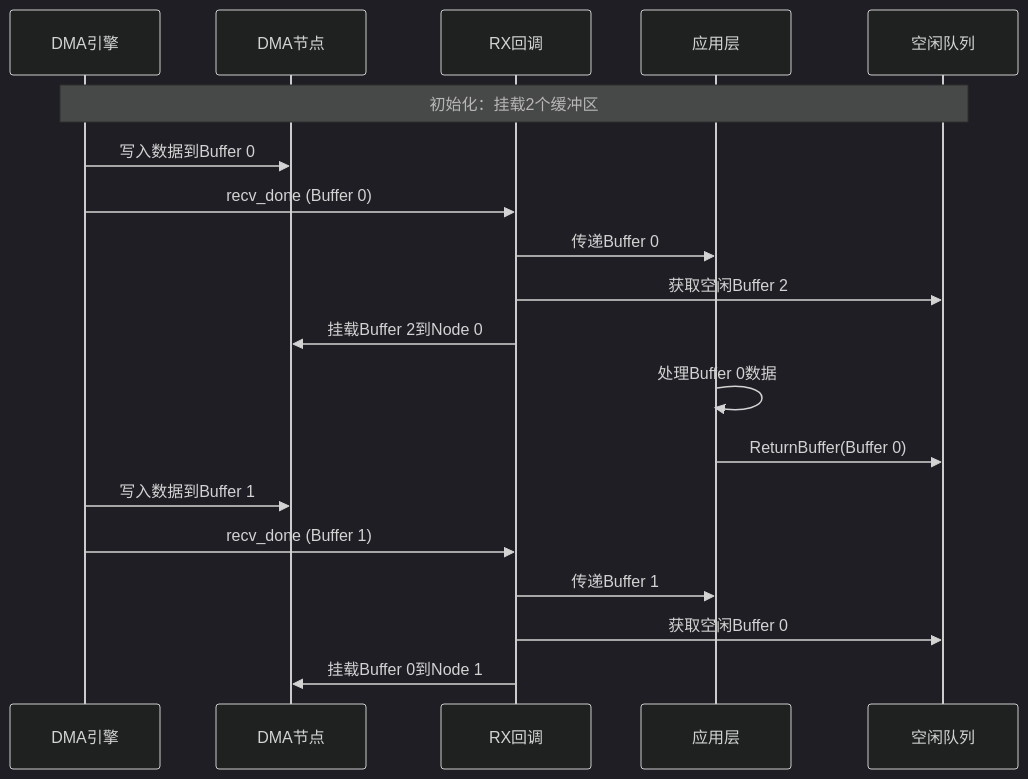
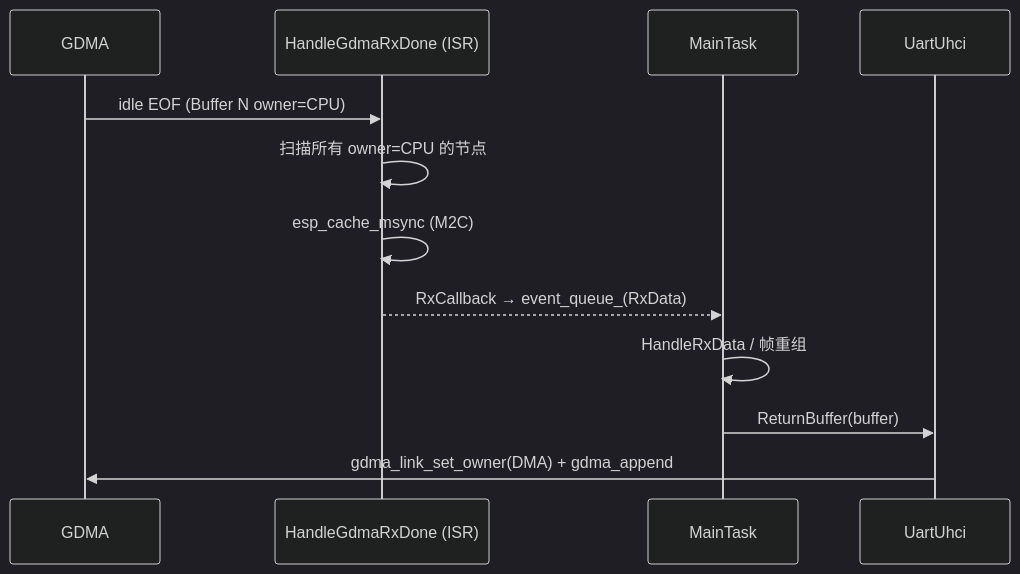
Before and after one commit to 78/uart-eth-modem: the seventh of 22 diagrams in WORKING_PRINCIPLE.md, drawn with Mermaid (dark theme). The commit also changed other lines of this file and 2 other files, not shown here.

````diff
--- a/WORKING_PRINCIPLE.md
+++ b/WORKING_PRINCIPLE.md
@@ -255,25 +279,16 @@
 ```mermaid
 sequenceDiagram
-    participant DMA as DMA引擎
-    participant NODE as DMA节点
-    participant CALLBACK as RX回调
-    participant APP as 应用层
-    participant FREEQ as 空闲队列
-    
-    Note over DMA,FREEQ: 初始化：挂载2个缓冲区
-    
-    DMA->>NODE: 写入数据到Buffer 0
-    DMA->>CALLBACK: recv_done (Buffer 0)
-    CALLBACK->>APP: 传递Buffer 0
-    CALLBACK->>FREEQ: 获取空闲Buffer 2
-    CALLBACK->>NODE: 挂载Buffer 2到Node 0
-    
-    APP->>APP: 处理Buffer 0数据
-    APP->>FREEQ: ReturnBuffer(Buffer 0)
-    
-    DMA->>NODE: 写入数据到Buffer 1
-    DMA->>CALLBACK: recv_done (Buffer 1)
-    CALLBACK->>APP: 传递Buffer 1
-    CALLBACK->>FREEQ: 获取空闲Buffer 0
-    CALLBACK->>NODE: 挂载Buffer 0到Node 1
+    participant DMA as GDMA
+    participant ISR as HandleGdmaRxDone (ISR)
+    participant MAIN as MainTask
+    participant UHCI as UartUhci
+
+    DMA->>ISR: idle EOF (Buffer N owner=CPU)
+    ISR->>ISR: 扫描所有 owner=CPU 的节点
+    ISR->>ISR: esp_cache_msync (M2C)
+    ISR-->>MAIN: RxCallback → event_queue_(RxData)
+
+    MAIN->>MAIN: HandleRxData / 帧重组
+    MAIN->>UHCI: ReturnBuffer(buffer)
+    UHCI->>DMA: gdma_link_set_owner(DMA) + gdma_append
 ```
````
